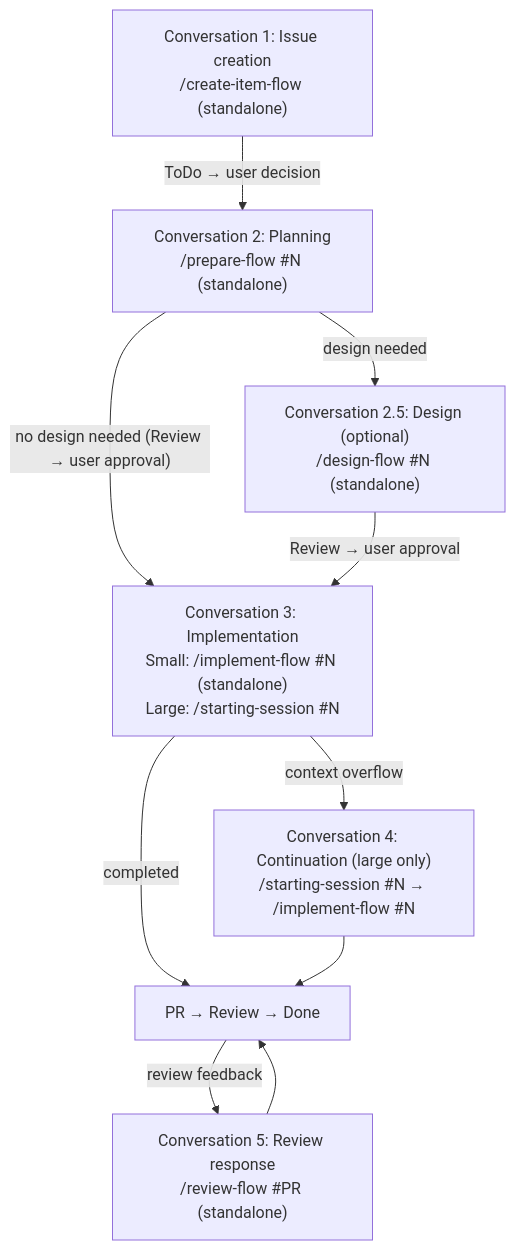
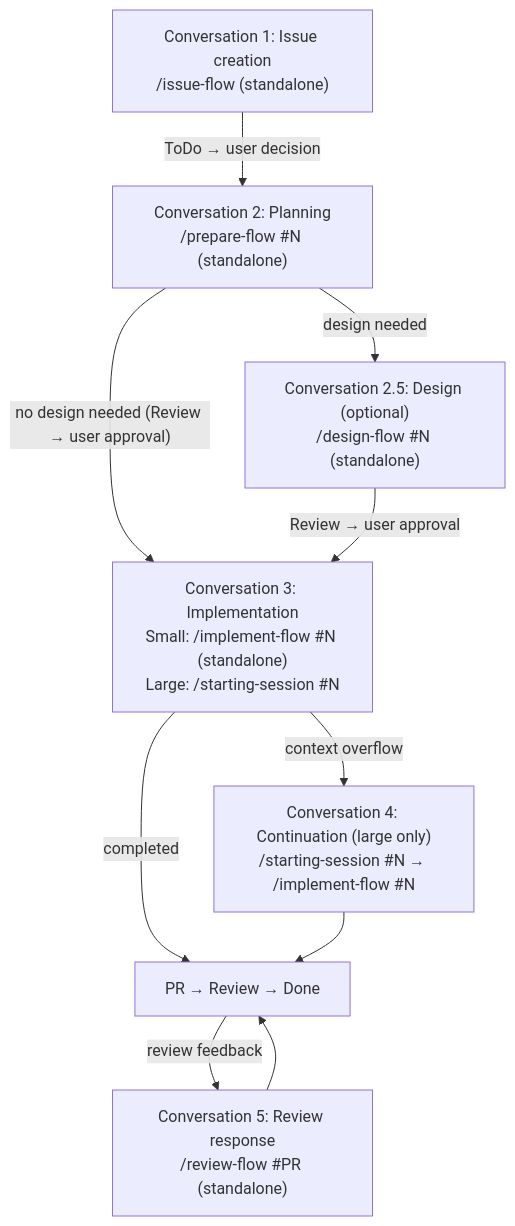
The first of 2 diagrams in shirokuma-skills-en/skills/implement-flow/reference/workflow-details.md (ShirokumaDevelopment/shirokuma-plugins), drawn with Mermaid before and after one commit. The commit also changed other lines of this file and 64 other files, not shown here.

````diff
--- a/shirokuma-skills-en/skills/implement-flow/reference/workflow-details.md
+++ b/shirokuma-skills-en/skills/implement-flow/reference/workflow-details.md
@@ -9,18 +9,18 @@
 ```mermaid
 graph TD
-    C1["Conversation 1: Issue creation<br/>/create-item-flow (standalone)"]
+    C1["Conversation 1: Issue creation<br/>/issue-flow (standalone)"]
     C2["Conversation 2: Planning<br/>/prepare-flow #N (standalone)"]
     C2D["Conversation 2.5: Design (optional)<br/>/design-flow #N (standalone)"]
     C3["Conversation 3: Implementation<br/>Small: /implement-flow #N (standalone)<br/>Large: /starting-session #N"]
     C4["Conversation 4: Continuation (large only)<br/>/starting-session #N → /implement-flow #N"]
 
     C1 -->|"ToDo → user decision"| C2
     C2 -->|"design needed"| C2D
     C2 -->|"no design needed (Review → user approval)"| C3
     C2D -->|"Review → user approval"| C3
     C3 -->|"context overflow"| C4
     C3 -->|"completed"| Done["PR → Review → Done"]
     C4 --> Done
     Done -->|"review feedback"| C5["Conversation 5: Review response<br/>/review-flow #PR (standalone)"]
     C5 --> Done
 ```
````
